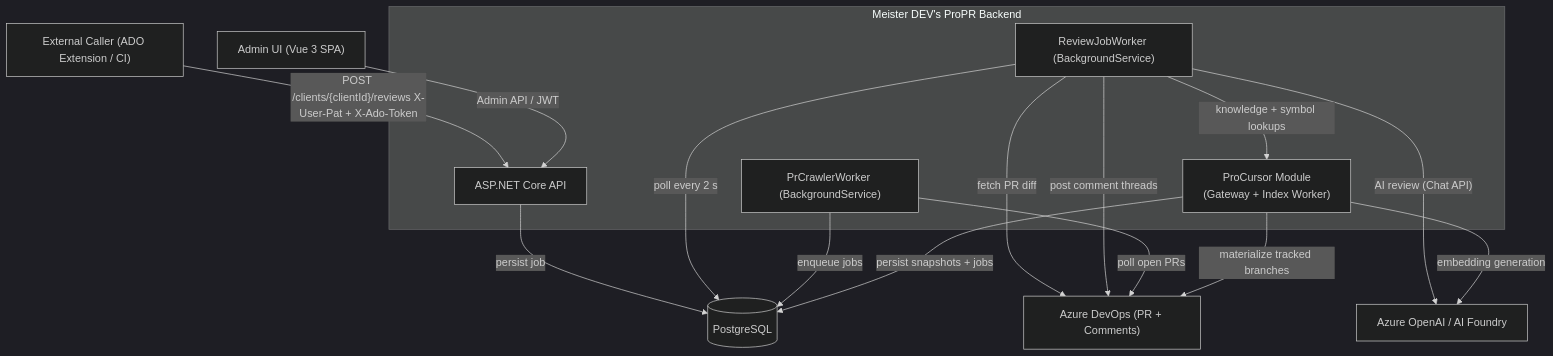
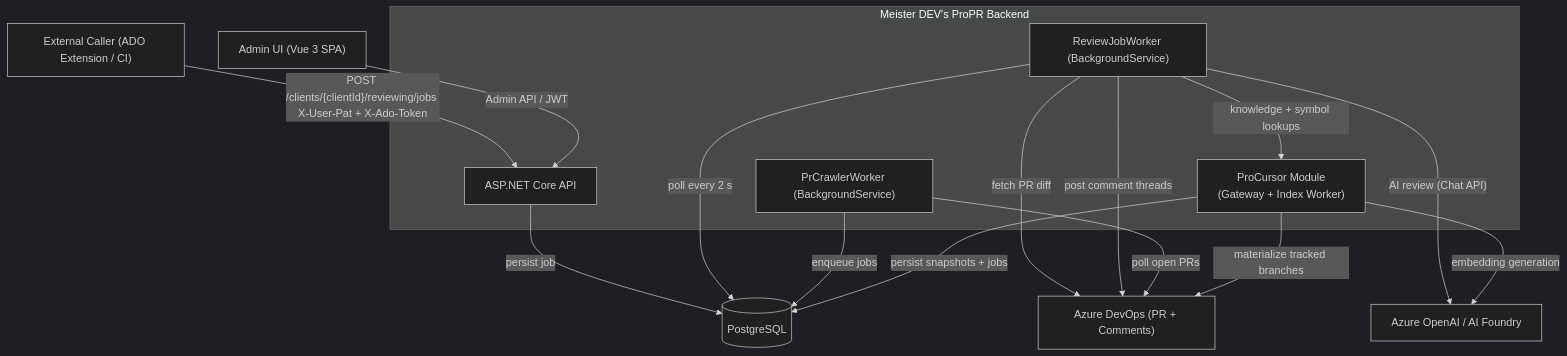
One commit to meister-dev-ai/propr changed the first of 16 diagrams in docs/architecture.md. Above: the diagram before and after it, drawn with Mermaid (dark theme). The commit also changed other lines of this file and 160 other files, not shown here.

First line of the commit message:
Refactored source code to be structured as vertical slice architecture

````diff
--- a/docs/architecture.md
+++ b/docs/architecture.md
@@ -26,29 +27,29 @@
 ```mermaid
 flowchart TD
     ADO["Azure DevOps (PR + Comments)"]
     AOAI["Azure OpenAI / AI Foundry"]
     EXT["External Caller (ADO Extension / CI)"]
     PG[("PostgreSQL")]
     ADMINUI["Admin UI (Vue 3 SPA)"]
 
     subgraph backend["Meister DEV's ProPR Backend"]
         API["ASP.NET Core API"]
         WORKER["ReviewJobWorker (BackgroundService)"]
         CRAWLER["PrCrawlerWorker (BackgroundService)"]
         PROCURSOR["ProCursor Module\n(Gateway + Index Worker)"]
     end
 
-    EXT -- "POST /clients/{clientId}/reviews X-User-Pat + X-Ado-Token" --> API
+    EXT -- "POST /clients/{clientId}/reviewing/jobs X-User-Pat + X-Ado-Token" --> API
     ADMINUI -- "Admin API / JWT" --> API
     API -- "persist job" --> PG
     WORKER -- "poll every 2 s" --> PG
     WORKER -- "fetch PR diff" --> ADO
     WORKER -- "AI review (Chat API)" --> AOAI
     WORKER -- "knowledge + symbol lookups" --> PROCURSOR
     WORKER -- "post comment threads" --> ADO
     CRAWLER -- "poll open PRs" --> ADO
     CRAWLER -- "enqueue jobs" --> PG
     PROCURSOR -- "persist snapshots + jobs" --> PG
     PROCURSOR -- "materialize tracked branches" --> ADO
     PROCURSOR -- "embedding generation" --> AOAI
 ```
````
